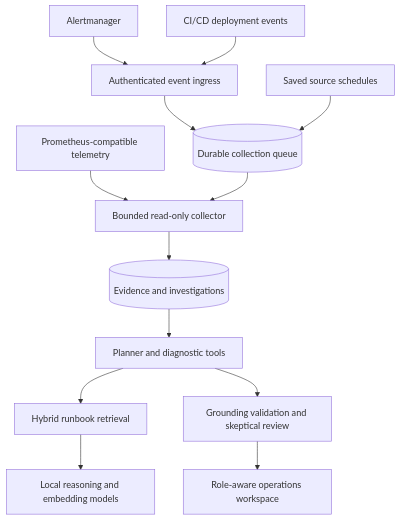
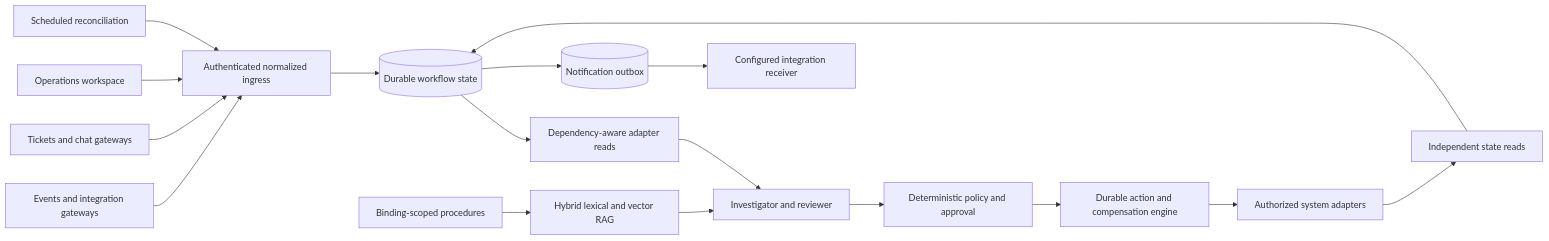
Before and after one commit to anil7000/changeguard: the first of 6 diagrams in README.md, drawn with Mermaid. The commit also changed other lines of this file and 29 other files, not shown here.

````diff
--- a/README.md
+++ b/README.md
@@ -41,15 +119,19 @@
 ```mermaid
-flowchart TB
-  Sources[Prometheus-compatible telemetry] --> Collector[Bounded read-only collector]
-  Alerts[Alertmanager] --> Ingress[Authenticated event ingress]
-  Delivery[CI/CD deployment events] --> Ingress
-  Ingress --> Queue[(Durable collection queue)]
-  Schedule[Saved source schedules] --> Queue
-  Queue --> Collector
-  Collector --> Evidence[(Evidence and investigations)]
-  Evidence --> Agent[Planner and diagnostic tools]
-  Agent --> RAG[Hybrid runbook retrieval]
-  RAG --> Model[Local reasoning and embedding models]
-  Agent --> Review[Grounding validation and skeptical review]
-  Review --> Workspace[Role-aware operations workspace]
+flowchart LR
+  Events[Events and integration gateways] --> Intake[Authenticated normalized ingress]
+  Tickets[Tickets and chat gateways] --> Intake
+  Manual[Operations workspace] --> Intake
+  Schedule[Scheduled reconciliation] --> Intake
+  Intake --> State[(Durable workflow state)]
+  State --> Evidence[Dependency-aware adapter reads]
+  Evidence --> Agents[Investigator and reviewer]
+  Knowledge[Binding-scoped procedures] --> RAG[Hybrid lexical and vector RAG]
+  RAG --> Agents
+  Agents --> Policy[Deterministic policy and approval]
+  Policy --> Saga[Durable action and compensation engine]
+  Saga --> Systems[Authorized system adapters]
+  Systems --> Verify[Independent state reads]
+  Verify --> State
+  State --> Outbox[(Notification outbox)]
+  Outbox --> Channels[Configured integration receiver]
 ```
````
